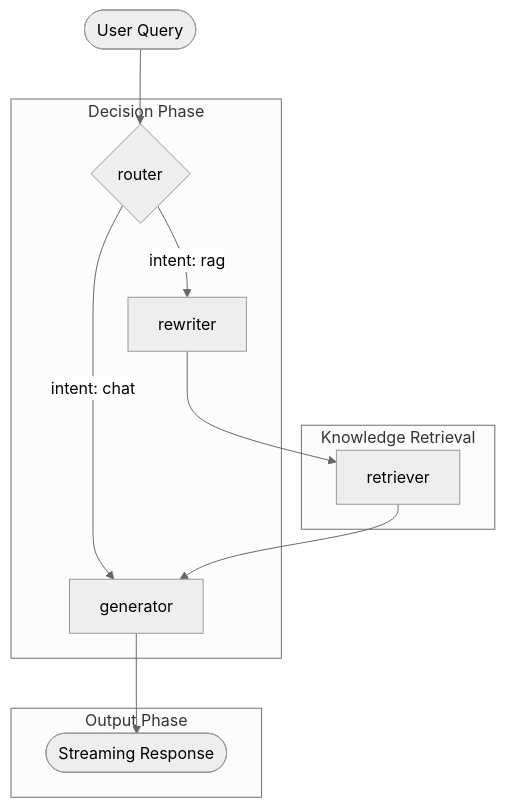
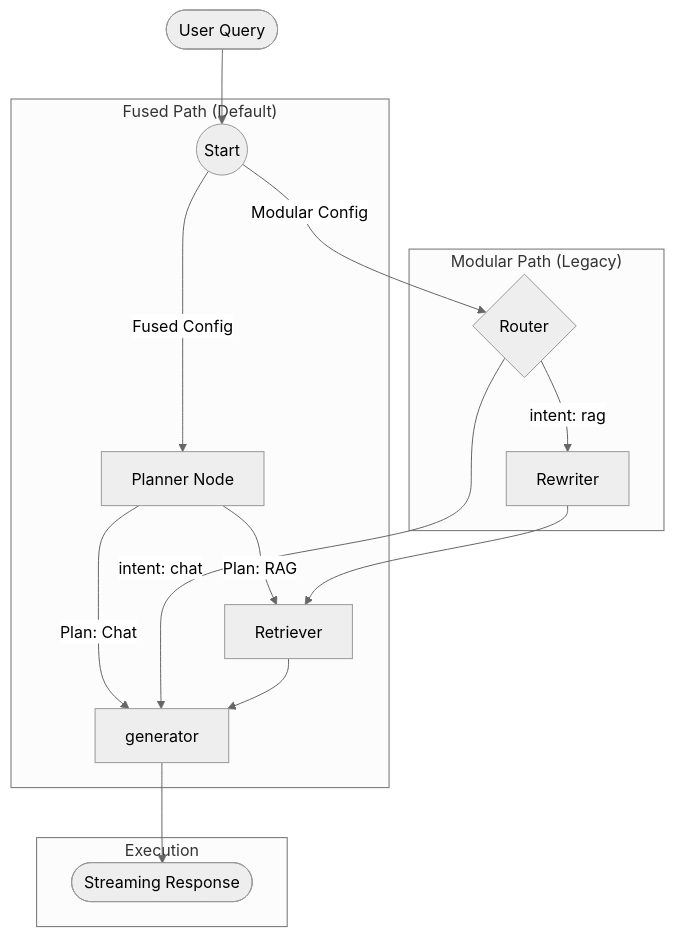
Before and after one commit to NayanEupho/RAG_Chat_IPRv1.5: the first of 9 diagrams in LangGraph_used.md, drawn with Mermaid (neutral theme). The commit also changed other lines of this file and 12 other files, not shown here.

````diff
--- a/LangGraph_used.md
+++ b/LangGraph_used.md
@@ -74,18 +74,22 @@
 ```mermaid
 graph TD
-    User([User Query]) --> Router{router}
+    User([User Query]) --> Start((Start))
     
-    subgraph "Decision Phase"
-        Router -->|intent: chat| Generator
-        Router -->|intent: rag| Rewriter
+    subgraph "Fused Path (Default)"
+        Start --> |Fused Config| Planner[Planner Node]
+        Planner --> |Plan: Chat| Generator
+        Planner --> |Plan: RAG| Retriever
     end
 
-    subgraph "Knowledge Retrieval"
-        Rewriter[rewriter] --> Retriever[retriever]
-        Retriever --> Generator[generator]
+    subgraph "Modular Path (Legacy)"
+        Start --> |Modular Config| Router{Router}
+        Router -->|intent: chat| Generator
+        Router -->|intent: rag| Rewriter[Rewriter]
+        Rewriter --> Retriever[Retriever]
     end
 
-    subgraph "Output Phase"
+    subgraph "Execution"
+        Retriever --> Generator[generator]
         Generator --> End([Streaming Response])
     end
 ```
````
